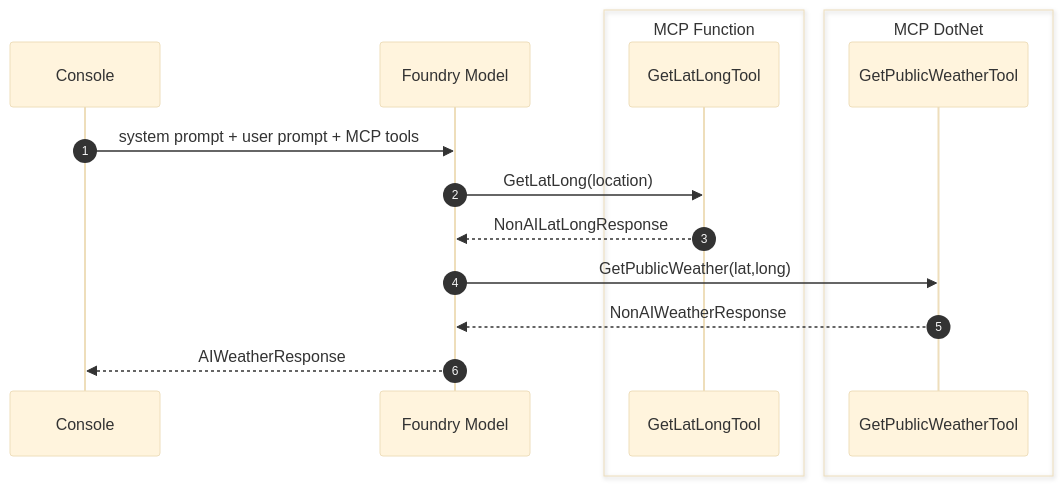
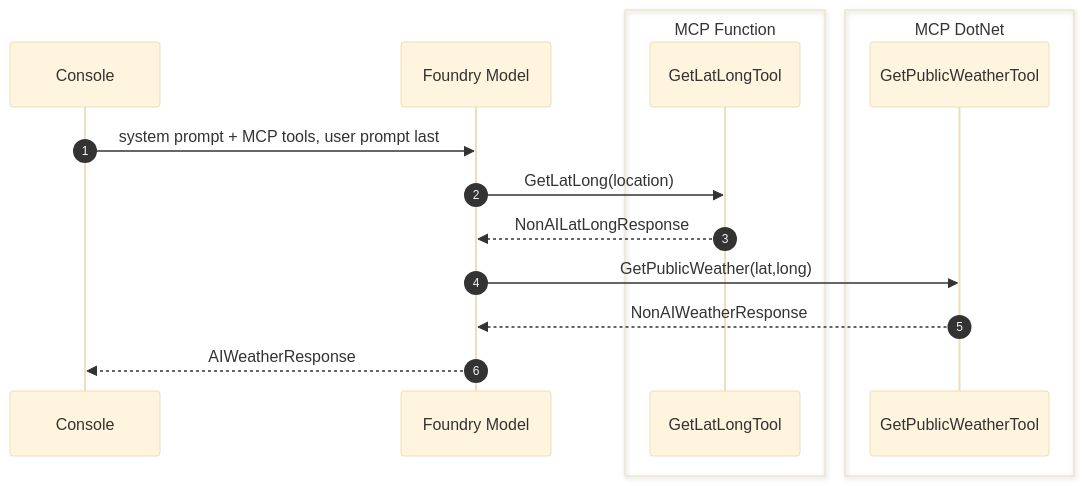
One commit to dustinkorzaan/weather-1116 changed the fourth of 36 diagrams in docs/4-demystifying-foundry-agents-mcp/demystifying-foundry-agents-mcp.md. Above: the diagram before and after it, drawn with Mermaid (base theme). The commit also changed other lines of this file, not shown here.

Commit message:
Docs: restore V5 sequence diagram; keep user-prompt-last wording on V4

````diff
--- a/docs/4-demystifying-foundry-agents-mcp/demystifying-foundry-agents-mcp.md
+++ b/docs/4-demystifying-foundry-agents-mcp/demystifying-foundry-agents-mcp.md
@@ -98,19 +98,19 @@
   ```mermaid
   sequenceDiagram
       autonumber
       participant Console
       participant Model as Foundry Model
       box MCP Function
           participant GetLatLongTool
       end
       box MCP DotNet
           participant GetPublicWeatherTool
       end
 
-      Console->>Model: system prompt + user prompt + MCP tools
+      Console->>Model: system prompt + MCP tools, user prompt last
       Model->>GetLatLongTool: GetLatLong(location)
       GetLatLongTool-->>Model: NonAILatLongResponse
       Model->>GetPublicWeatherTool: GetPublicWeather(lat,long)
       GetPublicWeatherTool-->>Model: NonAIWeatherResponse
       Model-->>Console: AIWeatherResponse
   ```
````
